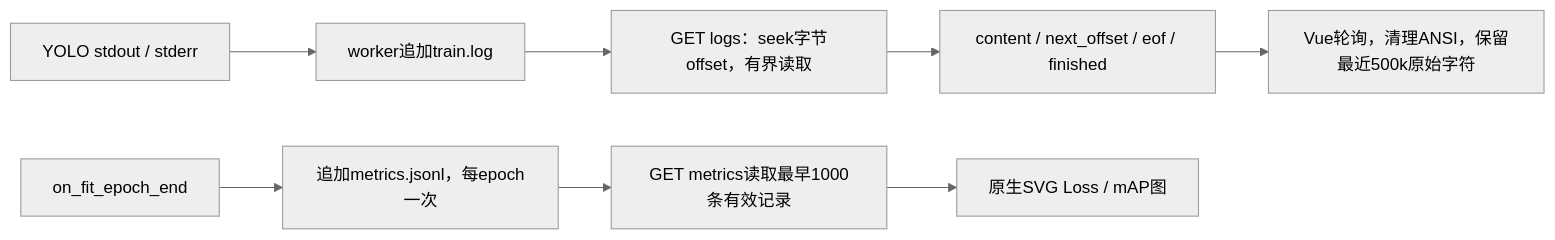
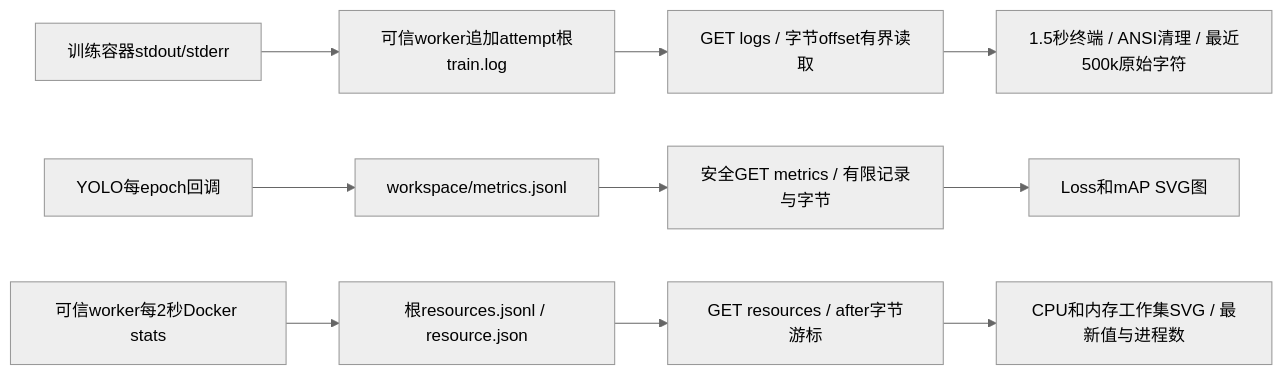
Before and after one commit to jackjiahao1491/trainplane-yolo-cpu: the sixth of 6 diagrams in docs/architecture-and-implementation.md, drawn with Mermaid (neutral theme). The commit also changed other lines of this file and 16 other files, not shown here.

````diff
--- a/docs/architecture-and-implementation.md
+++ b/docs/architecture-and-implementation.md
@@ -231,11 +237,13 @@
 ```mermaid
 %% diagram: observability
 flowchart LR
-  TRAIN[YOLO stdout / stderr] --> LOG[worker追加train.log]
-  LOG --> API[GET logs：seek字节offset，有界读取]
-  API --> CURSOR[content / next_offset / eof / finished]
-  CURSOR --> UI[Vue轮询，清理ANSI，保留最近500k原始字符]
-  EPOCH[on_fit_epoch_end] --> JSONL[追加metrics.jsonl，每epoch一次]
-  JSONL --> METRICS[GET metrics读取最早1000条有效记录]
-  METRICS --> CHART[原生SVG Loss / mAP图]
+  TRAIN[训练容器stdout/stderr] --> LOG[可信worker追加attempt根train.log]
+  LOG --> LAPI[GET logs / 字节offset有界读取]
+  LAPI --> UI[1.5秒终端 / ANSI清理 / 最近500k原始字符]
+  EPOCH[YOLO每epoch回调] --> METRICS[workspace/metrics.jsonl]
+  METRICS --> MAPI[安全GET metrics / 有限记录与字节]
+  MAPI --> MCHART[Loss和mAP SVG图]
+  STATS[可信worker每2秒Docker stats] --> RESOURCE[根resources.jsonl / resource.json]
+  RESOURCE --> RAPI[GET resources / after字节游标]
+  RAPI --> RCHART[CPU和内存工作集SVG / 最新值与进程数]
 ```
````
